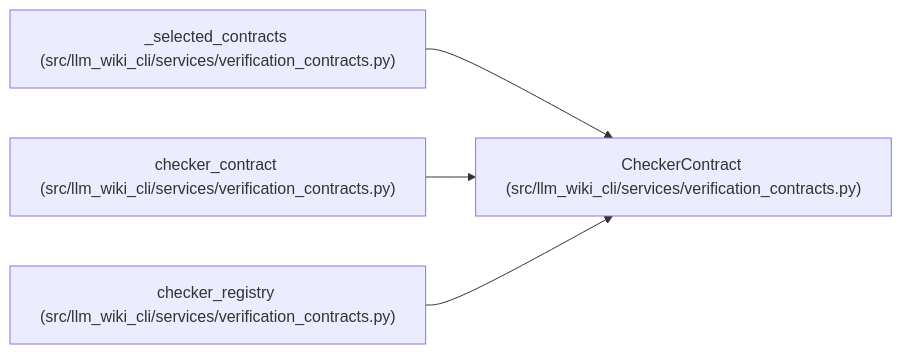
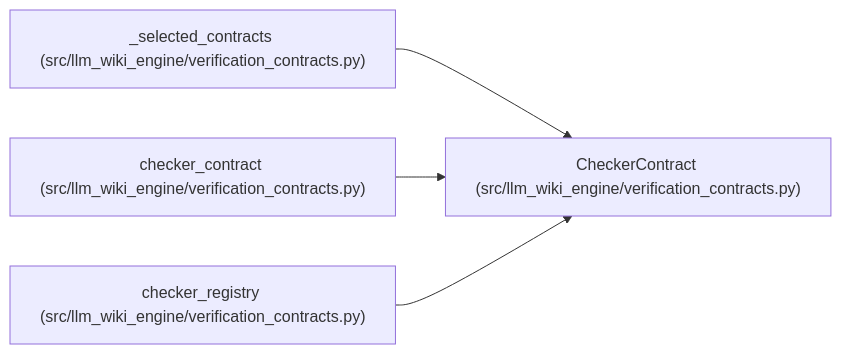
Before and after one commit to Denissvgn/python-wiki-llm: the diagram in docs/llm_wiki/entities/CheckerContract.md, drawn with Mermaid. The commit also changed other lines of this file and 1058 other files, not shown here.

````diff
--- a/docs/llm_wiki/entities/CheckerContract.md
+++ b/docs/llm_wiki/entities/CheckerContract.md
@@ -33,14 +33,14 @@
 ```mermaid
 flowchart LR
-    n0["CheckerContract (src/llm_wiki_cli/services/verification_contracts.py)"]
-    n1["_selected_contracts (src/llm_wiki_cli/services/verification_contracts.py)"]
-    n2["checker_contract (src/llm_wiki_cli/services/verification_contracts.py)"]
-    n3["checker_registry (src/llm_wiki_cli/services/verification_contracts.py)"]
+    n0["CheckerContract (src/llm_wiki_engine/verification_contracts.py)"]
+    n1["_selected_contracts (src/llm_wiki_engine/verification_contracts.py)"]
+    n2["checker_contract (src/llm_wiki_engine/verification_contracts.py)"]
+    n3["checker_registry (src/llm_wiki_engine/verification_contracts.py)"]
     n1 --> n0
     n2 --> n0
     n3 --> n0
     click n0 "../modules/verification_contracts.md"
     click n1 "../modules/verification_contracts.md"
     click n2 "../modules/verification_contracts.md"
     click n3 "../modules/verification_contracts.md"
 ```
````
